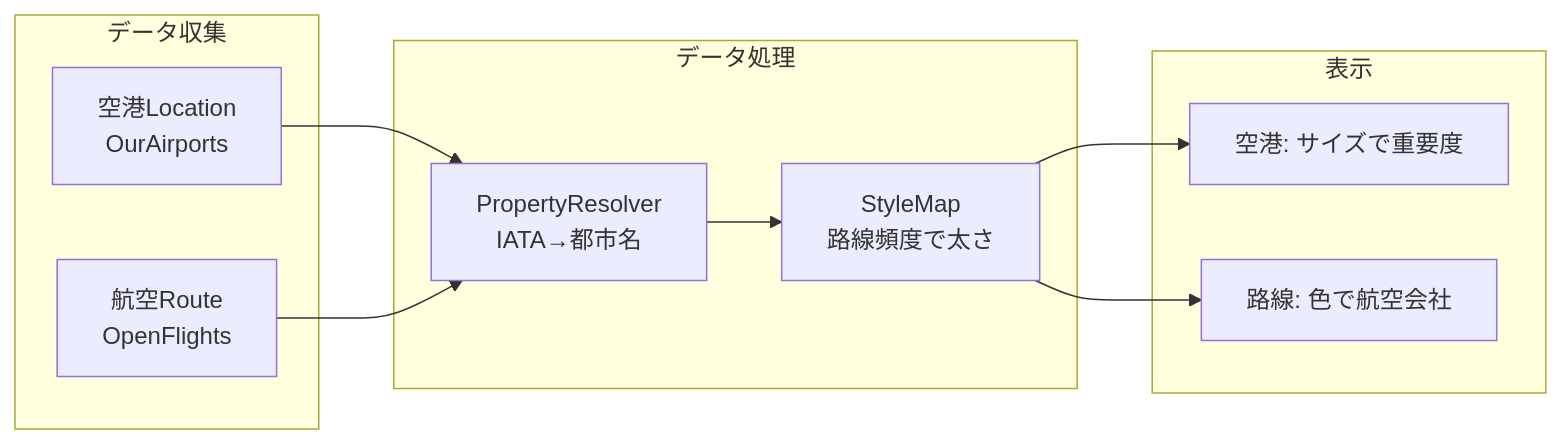
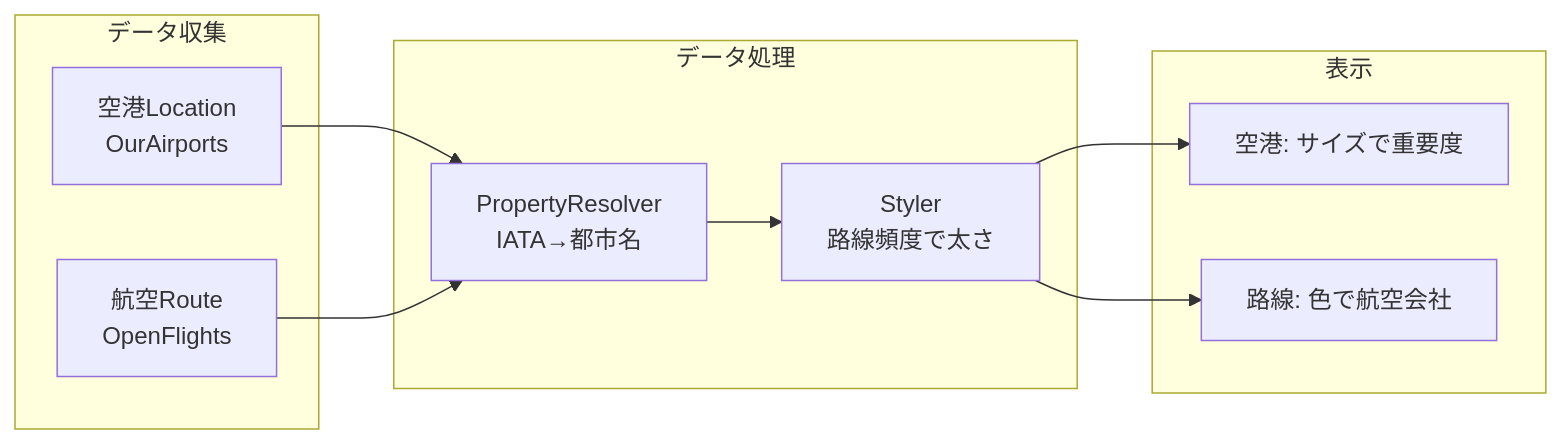
One commit to kubohiroya/hierarchidb changed the ninth of 10 diagrams in docs/USER_MANUAL_COMPREHENSIVE/01_BASIC_USER_GUIDE.md. Above: the diagram before and after it, drawn with Mermaid. The commit also changed other lines of this file and 267 other files, not shown here.

````diff
--- a/docs/USER_MANUAL_COMPREHENSIVE/01_BASIC_USER_GUIDE.md
+++ b/docs/USER_MANUAL_COMPREHENSIVE/01_BASIC_USER_GUIDE.md
@@ -309,23 +309,23 @@
 ```mermaid
 graph LR
     subgraph "データ収集"
         A1[空港Location<br/>OurAirports]
         A2[航空Route<br/>OpenFlights]
     end
     
     subgraph "データ処理"
         P1[PropertyResolver<br/>IATA→都市名]
-        P2[StyleMap<br/>路線頻度で太さ]
+        P2[Styler<br/>路線頻度で太さ]
     end
     
     subgraph "表示"
         D1[空港: サイズで重要度]
         D2[路線: 色で航空会社]
     end
     
     A1 --> P1
     A2 --> P1
     P1 --> P2
     P2 --> D1
     P2 --> D2
 ```
````
